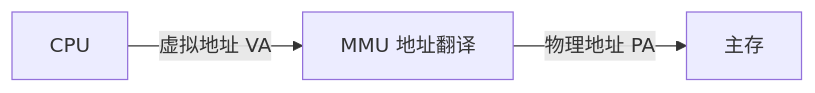
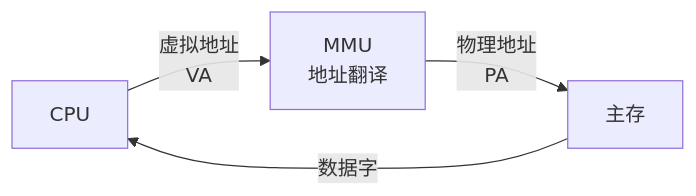
Before and after one commit to Meer-Matze/Meer-Matze.github.io: the first of 2 diagrams in src/content/posts/虚拟内存.mdx, drawn with Mermaid. The commit also changed other lines of this file and 2 other files, not shown here.

````diff
--- a/src/content/posts/虚拟内存.mdx
+++ b/src/content/posts/虚拟内存.mdx
@@ -59,5 +67,4 @@
 ```mermaid
 graph LR
-    A[CPU] -->|虚拟地址 VA| B[MMU 地址翻译]
-    B -->|物理地址 PA| C[主存]
+    A[CPU] -->|虚拟地址<br>VA| B[MMU<br>地址翻译] -->|物理地址<br>PA| C[主存] -->|数据字| A
 ```
````
